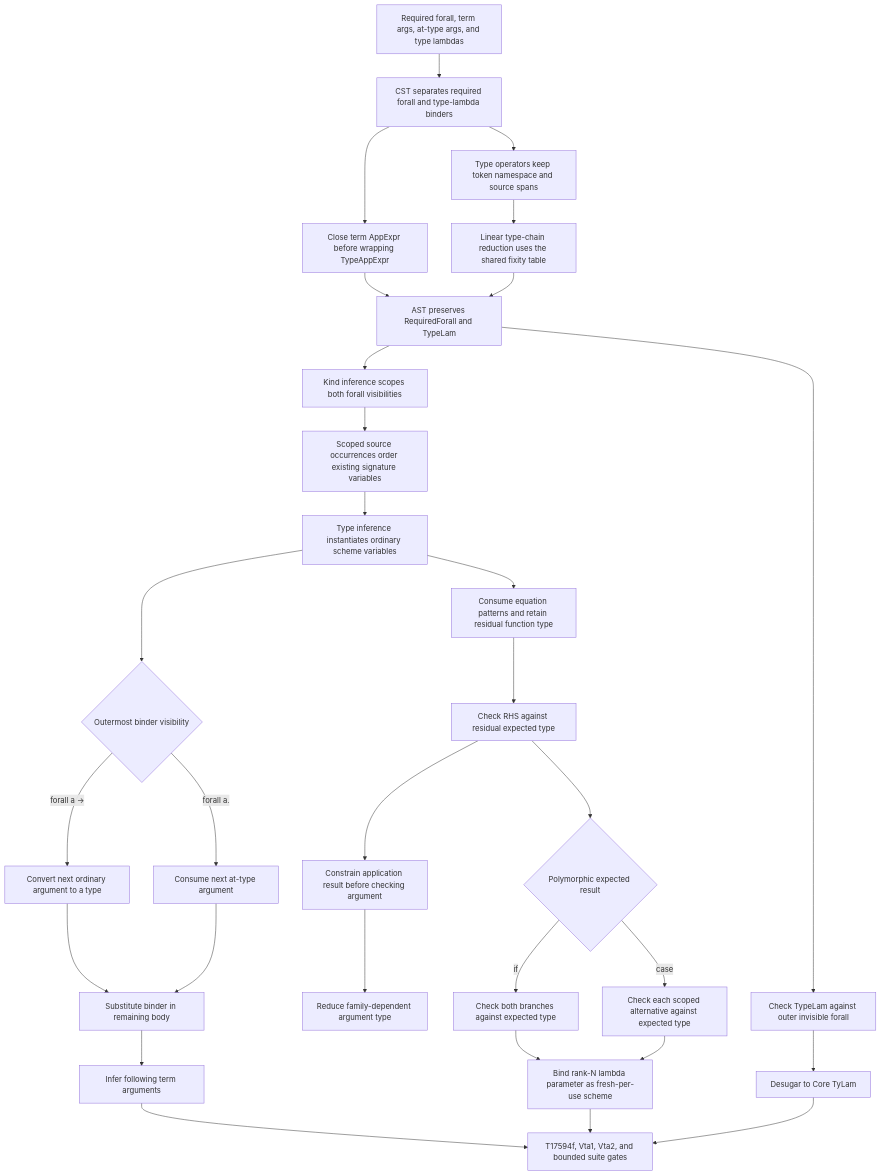
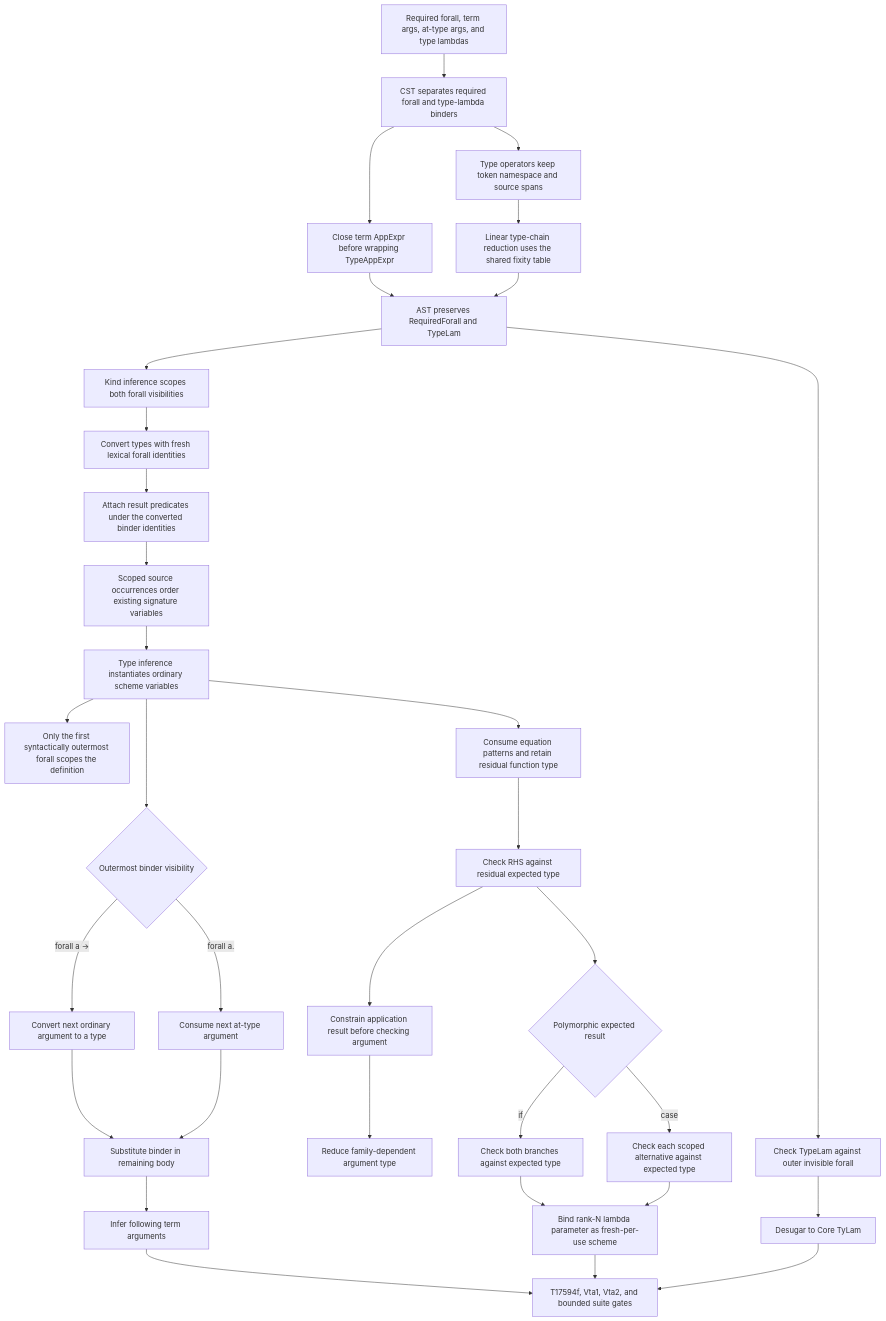
Before and after one commit to loveJesus/haskelujah-chirho: the diagram in spec-chirho/workflows-chirho/language-features-chirho/rank-n-visible-type-application-chirho.md, drawn with Mermaid. The commit also changed other lines of this file and 6 other files, not shown here.

First line of the commit message:
fix(typing): preserve lexical forall scope through signature conversion

````diff
--- a/spec-chirho/workflows-chirho/language-features-chirho/rank-n-visible-type-application-chirho.md
+++ b/spec-chirho/workflows-chirho/language-features-chirho/rank-n-visible-type-application-chirho.md
@@ -6,33 +6,36 @@
 ```mermaid
 flowchart TD
     source_chirho[Required forall, term args, at-type args, and type lambdas]
     source_chirho --> cst_chirho[CST separates required forall and type-lambda binders]
     cst_chirho --> spine_chirho[Close term AppExpr before wrapping TypeAppExpr]
     spine_chirho --> ast_chirho[AST preserves RequiredForall and TypeLam]
     cst_chirho --> operators_chirho[Type operators keep token namespace and source spans]
     operators_chirho --> fixity_chirho[Linear type-chain reduction uses the shared fixity table]
     fixity_chirho --> ast_chirho
     ast_chirho --> kind_chirho[Kind inference scopes both forall visibilities]
-    kind_chirho --> inventory_chirho[Scoped source occurrences order existing signature variables]
+    kind_chirho --> conversion_chirho[Convert types with fresh lexical forall identities]
+    conversion_chirho --> predicates_chirho[Attach result predicates under the converted binder identities]
+    predicates_chirho --> inventory_chirho[Scoped source occurrences order existing signature variables]
     inventory_chirho --> scheme_chirho[Type inference instantiates ordinary scheme variables]
+    scheme_chirho --> scope_chirho[Only the first syntactically outermost forall scopes the definition]
     scheme_chirho --> required_chirho{Outermost binder visibility}
     required_chirho -->|forall a ->| ordinary_arg_chirho[Convert next ordinary argument to a type]
     required_chirho -->|forall a.| visible_arg_chirho[Consume next at-type argument]
     ordinary_arg_chirho --> substitution_chirho[Substitute binder in remaining body]
     visible_arg_chirho --> substitution_chirho
     ast_chirho --> type_lambda_chirho[Check TypeLam against outer invisible forall]
     type_lambda_chirho --> core_chirho[Desugar to Core TyLam]
     substitution_chirho --> term_chirho[Infer following term arguments]
     scheme_chirho --> equation_chirho[Consume equation patterns and retain residual function type]
     equation_chirho --> expected_chirho[Check RHS against residual expected type]
     expected_chirho --> application_chirho[Constrain application result before checking argument]
     application_chirho --> family_chirho[Reduce family-dependent argument type]
     expected_chirho --> branch_chirho{Polymorphic expected result}
     branch_chirho -->|if| if_chirho[Check both branches against expected type]
     branch_chirho -->|case| case_chirho[Check each scoped alternative against expected type]
     if_chirho --> lambda_chirho[Bind rank-N lambda parameter as fresh-per-use scheme]
     case_chirho --> lambda_chirho
     lambda_chirho --> gates_chirho[T17594f, Vta1, Vta2, and bounded suite gates]
     core_chirho --> gates_chirho
     term_chirho --> gates_chirho
 ```
````
